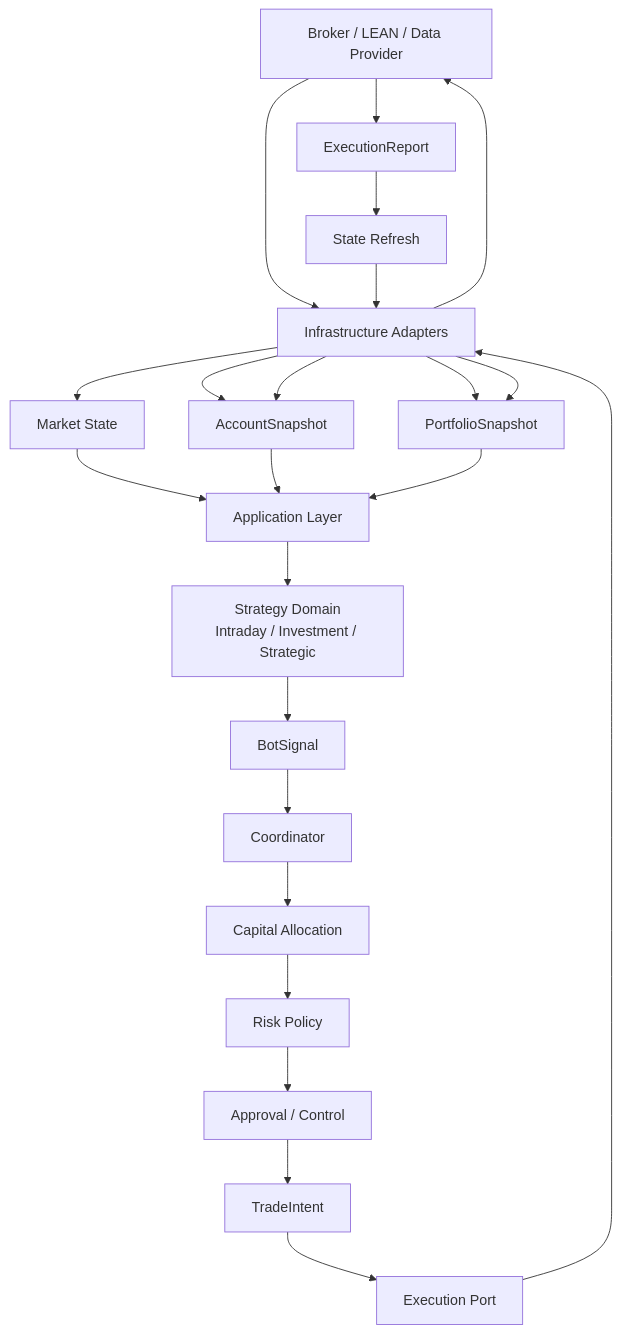
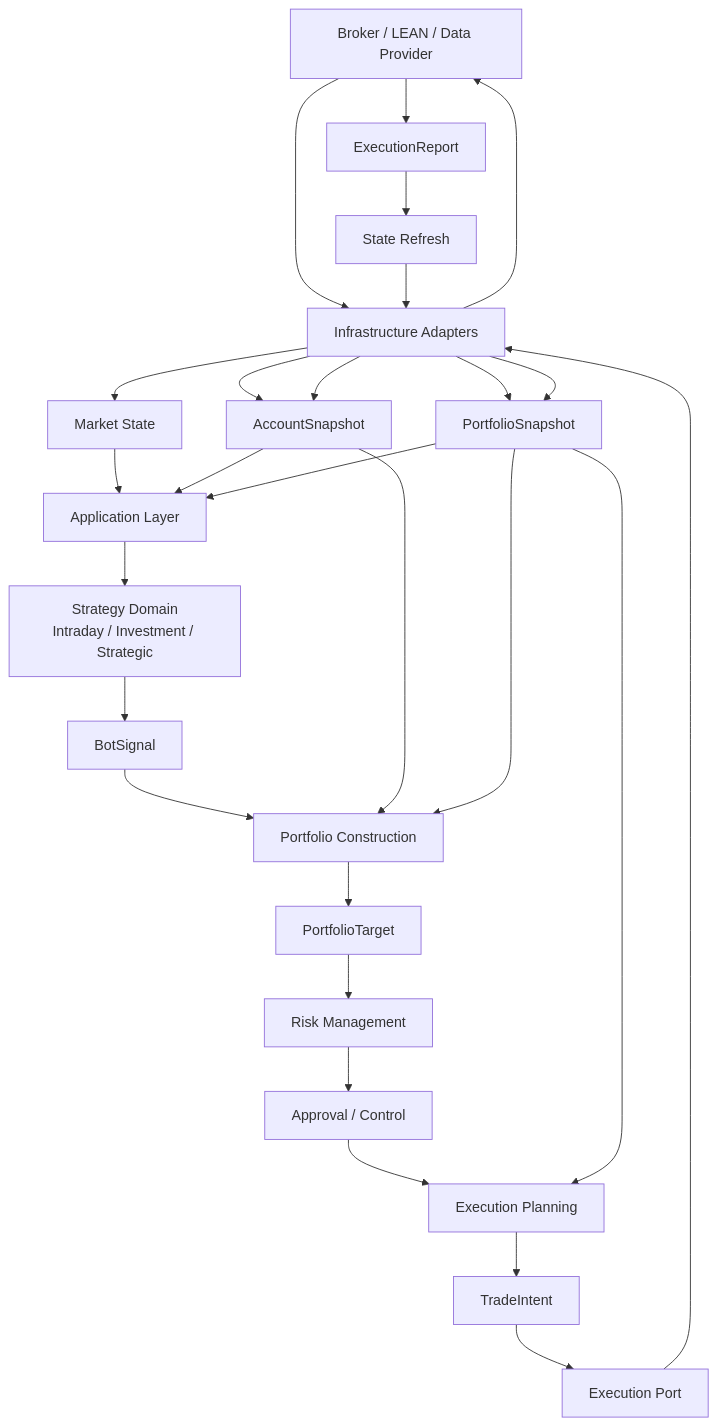
The ninth of 12 diagrams in docs/architecture/system-overview.md (Daxoniel/DX27-Trading-Engine), drawn with Mermaid before and after one commit. The commit also changed other lines of this file and 7 other files, not shown here.

Commit message:
WIP: portfolio construction refactor

````diff
--- a/docs/architecture/system-overview.md
+++ b/docs/architecture/system-overview.md
@@ -605,67 +790,81 @@
 ```mermaid
 flowchart TB
 
     External["Broker / LEAN / Data Provider"]
 
     Adapters["Infrastructure Adapters"]
 
     Market["Market State"]
     Account["AccountSnapshot"]
     Portfolio["PortfolioSnapshot"]
 
     Application["Application Layer"]
 
     Domain["Strategy Domain<br/>Intraday / Investment / Strategic"]
 
     Signal["BotSignal"]
 
-    Coordinator["Coordinator"]
+    Construction["Portfolio Construction"]
 
-    Capital["Capital Allocation"]
+    Target["PortfolioTarget"]
 
-    Risk["Risk Policy"]
+    Risk["Risk Management"]
 
     Approval["Approval / Control"]
+
+    Planning["Execution Planning"]
 
     Intent["TradeIntent"]
 
     Execution["Execution Port"]
 
     Report["ExecutionReport"]
 
     Refresh["State Refresh"]
 
     External --> Adapters
 
     Adapters --> Market
     Adapters --> Account
     Adapters --> Portfolio
 
     Market --> Application
     Account --> Application
     Portfolio --> Application
 
     Application --> Domain
 
     Domain --> Signal
 
-    Signal --> Coordinator
-    Coordinator --> Capital
-    Capital --> Risk
+    Signal --> Construction
+
+    Account --> Construction
+    Portfolio --> Construction
+
+    Construction --> Target
+
+    Target --> Risk
+
     Risk --> Approval
 
-    Approval --> Intent
+    Approval --> Planning
+
+    Portfolio --> Planning
+
+    Planning --> Intent
 
     Intent --> Execution
 
     Execution --> Adapters
+
     Adapters --> External
 
     External --> Report
 
     Report --> Refresh
 
     Refresh --> Adapters
+
     Adapters --> Account
     Adapters --> Portfolio
 ```
````
